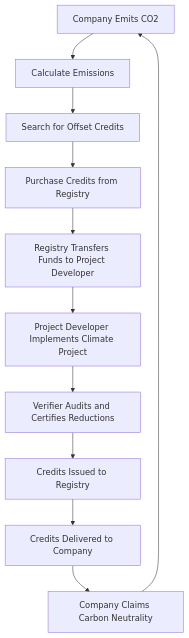
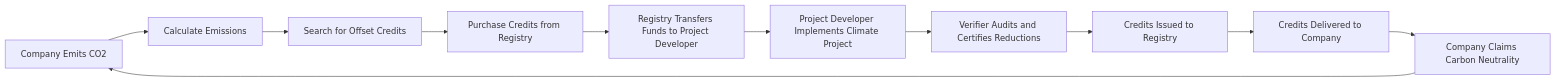
Before and after one commit to co3org/Industrial-Decarbonization: the first of 3 diagrams in Offsetting.md, drawn with Mermaid.

Commit message:
Offsetting diagrams fixes

````diff
--- a/Offsetting.md
+++ b/Offsetting.md
@@ -42,13 +42,13 @@
 ```mermaid
-graph TD
+graph LR
     A[Company Emits CO2] --> B[Calculate Emissions]
     B --> C[Search for Offset Credits]
     C --> D[Purchase Credits from Registry]
     D --> E[Registry Transfers Funds to Project Developer]
     E --> F[Project Developer Implements Climate Project]
     F --> G[Verifier Audits and Certifies Reductions]
     G --> H[Credits Issued to Registry]
     H --> I[Credits Delivered to Company]
     I --> J[Company Claims Carbon Neutrality]
     J --> A
 ```
````
